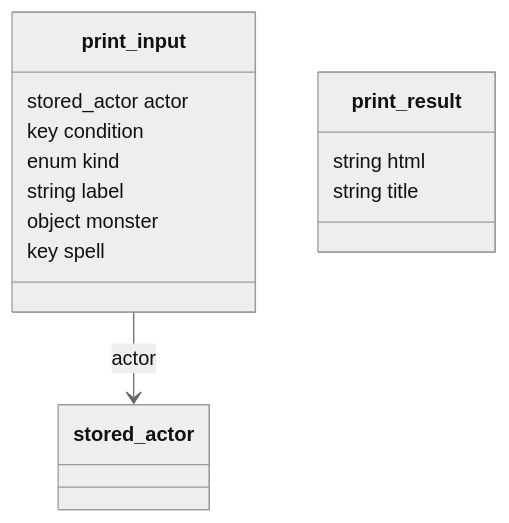
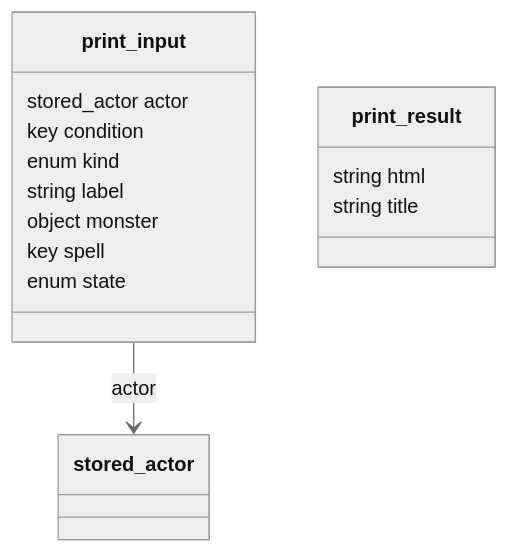
Diagram 21 of 30 in docs/backend/contract-diagram.md (SETA1609/riftweave-core), drawn with Mermaid (neutral theme) before and after one commit. The commit also changed other lines of this file and 145 other files, not shown here.

````diff
--- a/docs/backend/contract-diagram.md
+++ b/docs/backend/contract-diagram.md
@@ -622,17 +650,18 @@
 ```mermaid
 classDiagram
     class print_input {
         stored_actor actor
         key condition
         enum kind
         string label
         object monster
         key spell
+        enum state
     }
     class print_result {
         string html
         string title
     }
     class stored_actor
     print_input --> stored_actor : actor
 ```
````
